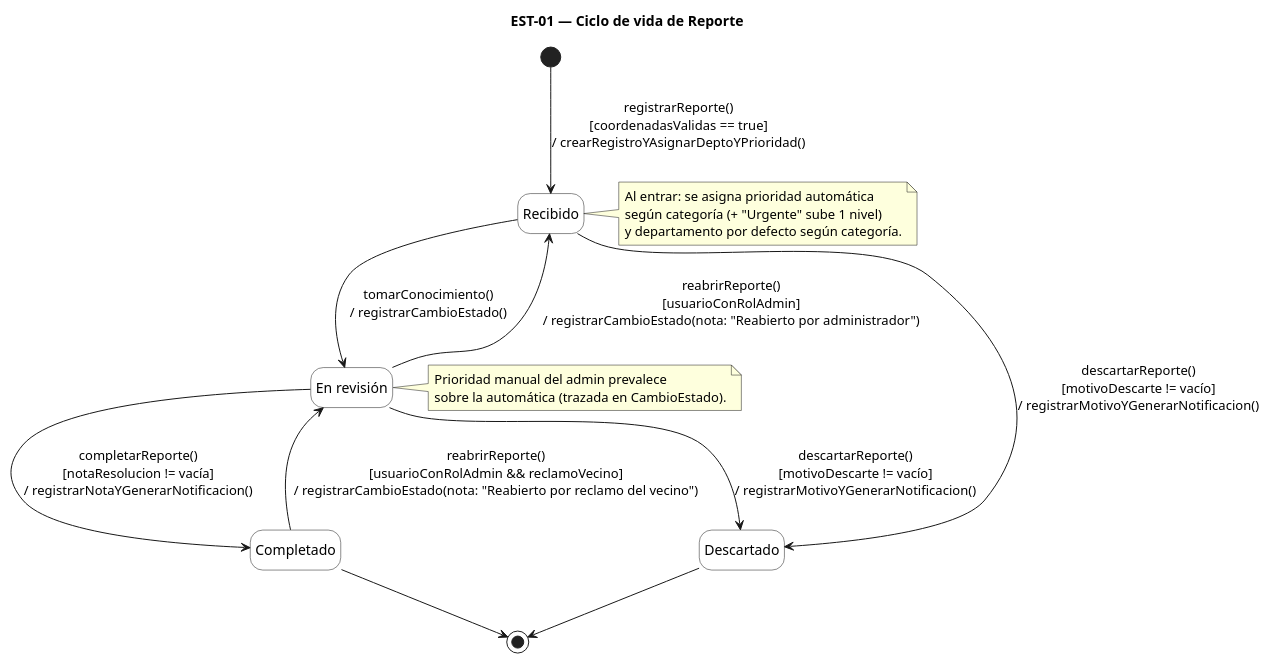
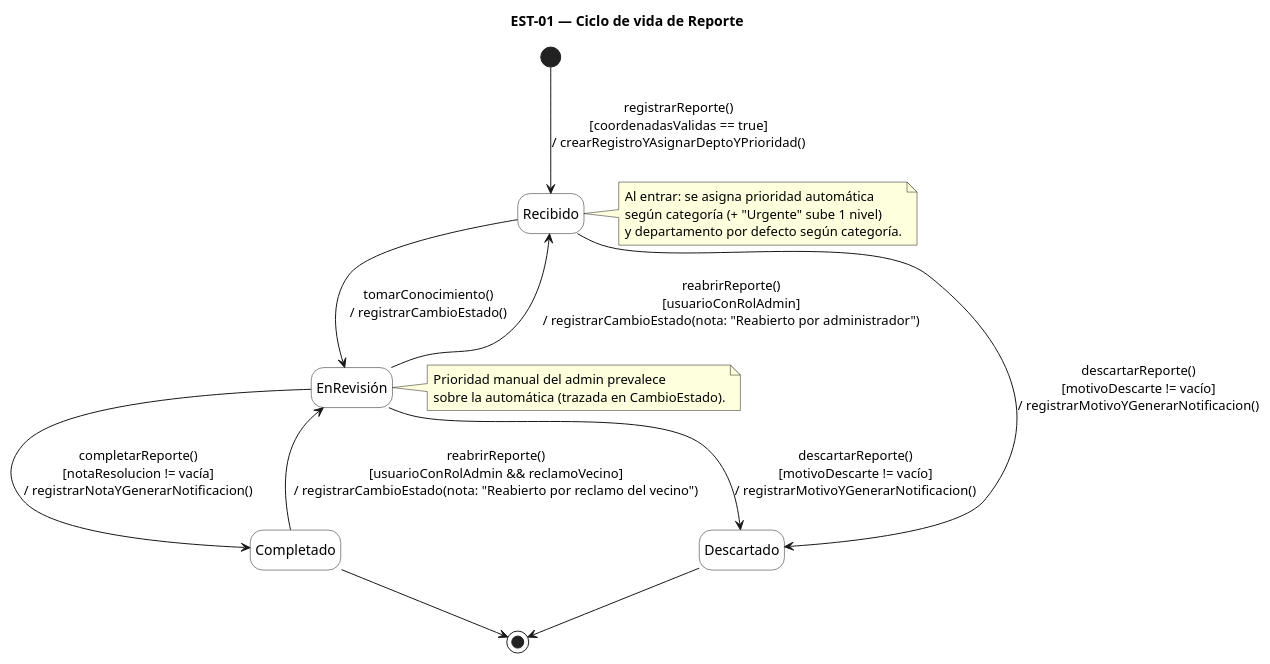
One commit to bruhmzk/Barrio-Conectado changed the diagram in diagramas/est-01.puml. Above: the diagram before and after it, drawn with PlantUML. The commit also changed 9 other files, not shown here.

```diff
--- a/diagramas/est-01.puml
+++ b/diagramas/est-01.puml
@@ -1,41 +1,41 @@
 @startuml est-01
 title EST-01 — Ciclo de vida de Reporte
 hide empty description
 skinparam shadowing false
 skinparam state {
   BackgroundColor White
 }
 
 state "Recibido" as Recibido
-state "En revisión" as EnRevision
+state "EnRevisión" as EnRevision
 state "Completado" as Completado
 state "Descartado" as Descartado
 
 [*] --> Recibido : registrarReporte()\n[coordenadasValidas == true]\n/ crearRegistroYAsignarDeptoYPrioridad()
 
 Recibido --> EnRevision : tomarConocimiento()\n/ registrarCambioEstado()
 
 Recibido --> Descartado : descartarReporte()\n[motivoDescarte != vacío]\n/ registrarMotivoYGenerarNotificacion()
 
 EnRevision --> Completado : completarReporte()\n[notaResolucion != vacía]\n/ registrarNotaYGenerarNotificacion()
 
 EnRevision --> Descartado : descartarReporte()\n[motivoDescarte != vacío]\n/ registrarMotivoYGenerarNotificacion()
 
 EnRevision --> Recibido : reabrirReporte()\n[usuarioConRolAdmin]\n/ registrarCambioEstado(nota: "Reabierto por administrador")
 
 Completado --> EnRevision : reabrirReporte()\n[usuarioConRolAdmin && reclamoVecino]\n/ registrarCambioEstado(nota: "Reabierto por reclamo del vecino")
 
 Completado --> [*]
 Descartado --> [*]
 
 note right of Recibido
   Al entrar: se asigna prioridad automática
   según categoría (+ "Urgente" sube 1 nivel)
   y departamento por defecto según categoría.
 end note
 
 note right of EnRevision
   Prioridad manual del admin prevalece
   sobre la automática (trazada en CambioEstado).
 end note
 @enduml
```
